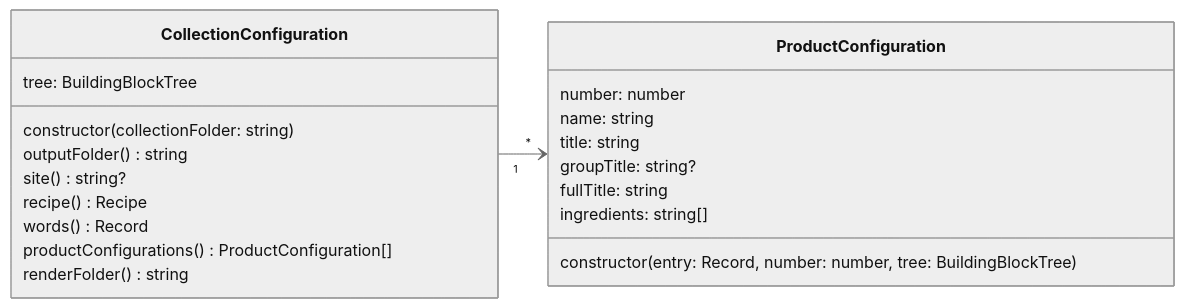
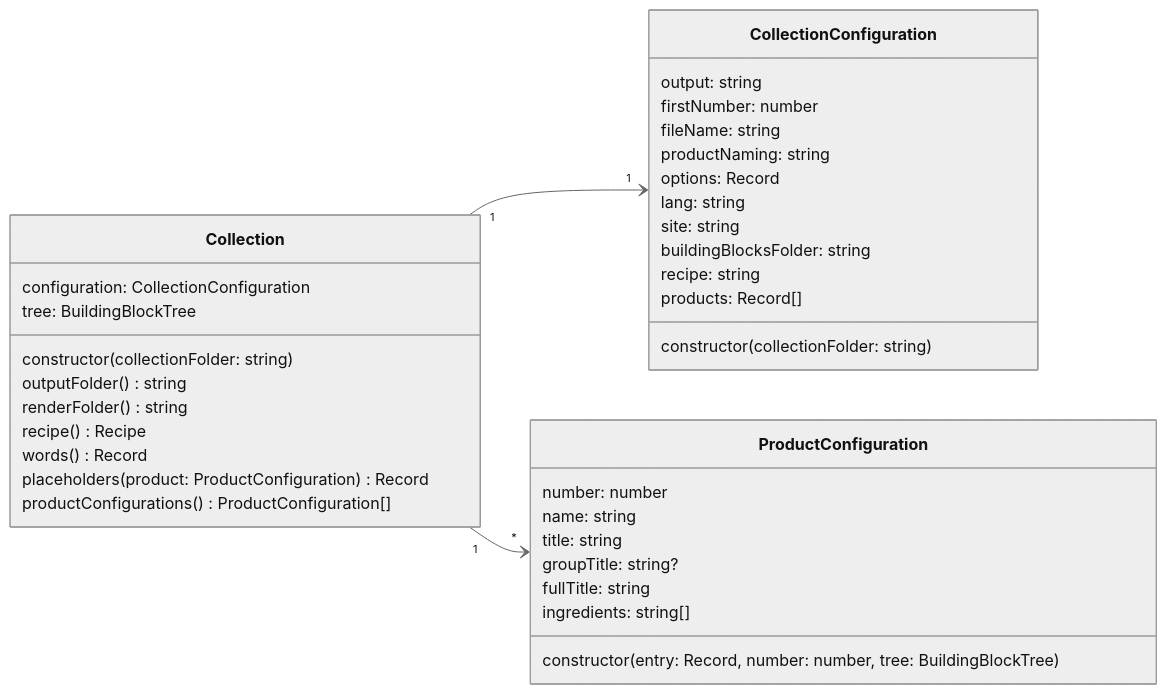
Before and after one commit to matthiasbaitsch/quarto-loi-moi: the fourth of 6 diagrams in DESIGN.md, drawn with Mermaid (neutral theme). The commit also changed other lines of this file and 12 other files, not shown here.

First line of the commit message:
Settings file-name and nn; configuration checked when loimoi.yml is read

````diff
--- a/DESIGN.md
+++ b/DESIGN.md
@@ -193,24 +193,39 @@
 ```mermaid
 classDiagram
   direction LR
-  CollectionConfiguration "1" --> "*" ProductConfiguration
-  class CollectionConfiguration {
+  Collection "1" --> "1" CollectionConfiguration
+  Collection "1" --> "*" ProductConfiguration
+  class Collection {
+    configuration: CollectionConfiguration
     tree: BuildingBlockTree
     constructor(collectionFolder: string)
     outputFolder() string
-    site() string?
+    renderFolder() string
     recipe() Recipe
     words() Record
+    placeholders(product: ProductConfiguration) Record
     productConfigurations() ProductConfiguration[]
-    renderFolder() string
+  }
+  class CollectionConfiguration {
+    output: string
+    firstNumber: number
+    fileName: string
+    productNaming: string
+    options: Record
+    lang: string
+    site: string
+    buildingBlocksFolder: string
+    recipe: string
+    products: Record[]
+    constructor(collectionFolder: string)
   }
   class ProductConfiguration {
     number: number
     name: string
     title: string
     groupTitle: string?
     fullTitle: string
     ingredients: string[]
     constructor(entry: Record, number: number, tree: BuildingBlockTree)
   }
 ```
````
